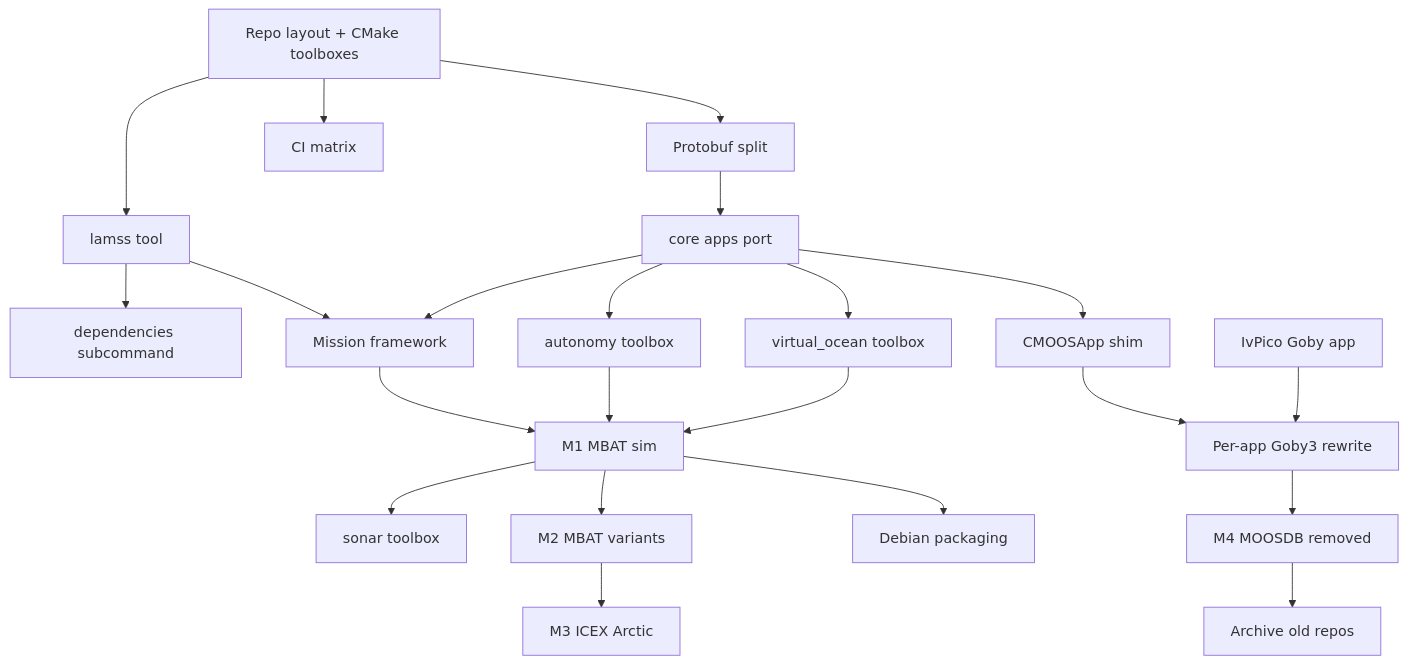
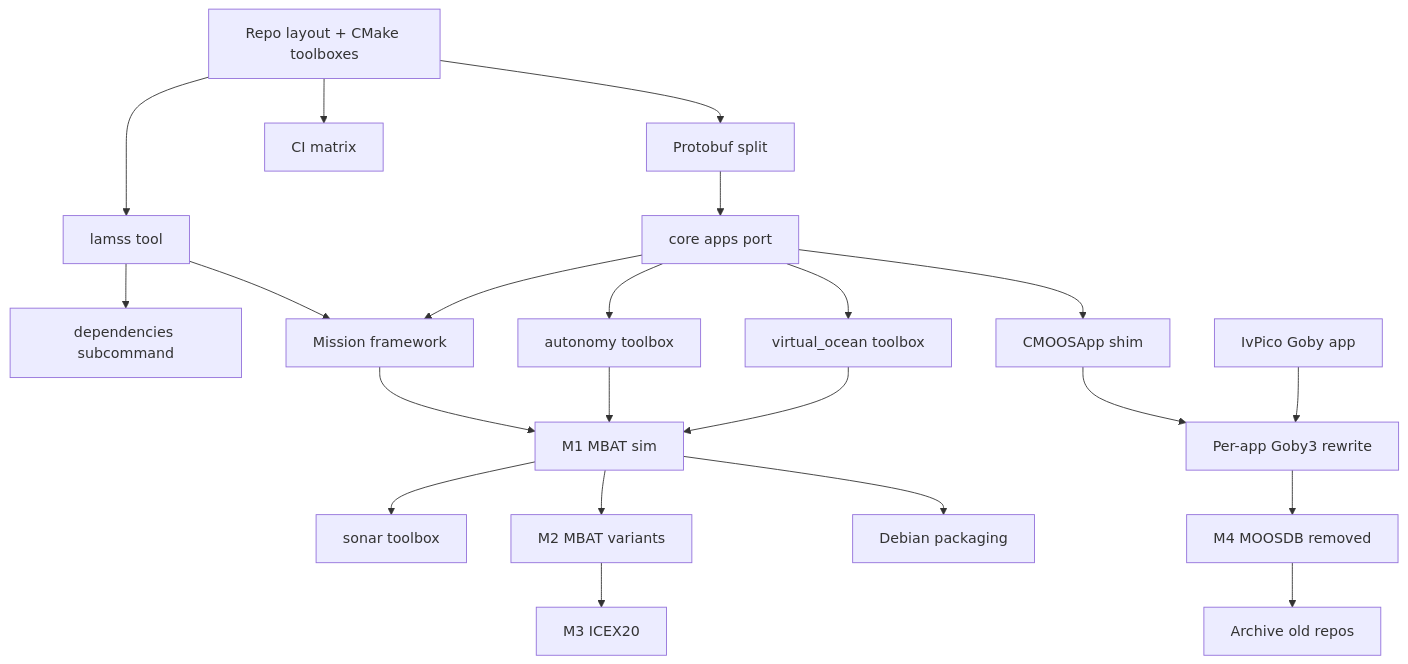
The second of 3 diagrams in core/src/doc/plan/claude/00-overview.md (GobySoft/lamss3), drawn with Mermaid before and after one commit. The commit also changed other lines of this file and 4 other files, not shown here.

First line of the commit message:
Make icex20 the M3 target cruise instead of arctic

````diff
--- a/core/src/doc/plan/claude/00-overview.md
+++ b/core/src/doc/plan/claude/00-overview.md
@@ -113,24 +113,24 @@
 ```mermaid
 flowchart TB
   layout[Repo layout + CMake toolboxes] --> tool[lamss tool]
   layout --> ci[CI matrix]
   tool --> deps[dependencies subcommand]
   layout --> pbsplit[Protobuf split]
   pbsplit --> core[core apps port]
   core --> missions[Mission framework]
   tool --> missions
   missions --> m1[M1 MBAT sim]
   core --> auton[autonomy toolbox]
   core --> vo[virtual_ocean toolbox]
   auton --> m1
   vo --> m1
   m1 --> sonar[sonar toolbox]
   m1 --> m2[M2 MBAT variants]
-  m2 --> m3[M3 ICEX Arctic]
+  m2 --> m3[M3 ICEX20]
   core --> shim[CMOOSApp shim]
   shim --> mw[Per-app Goby3 rewrite]
   ivpico[IvPico Goby app] --> mw
   mw --> m4[M4 MOOSDB removed]
   m1 --> pkg[Debian packaging]
   m4 --> archive[Archive old repos]
 ```
````
